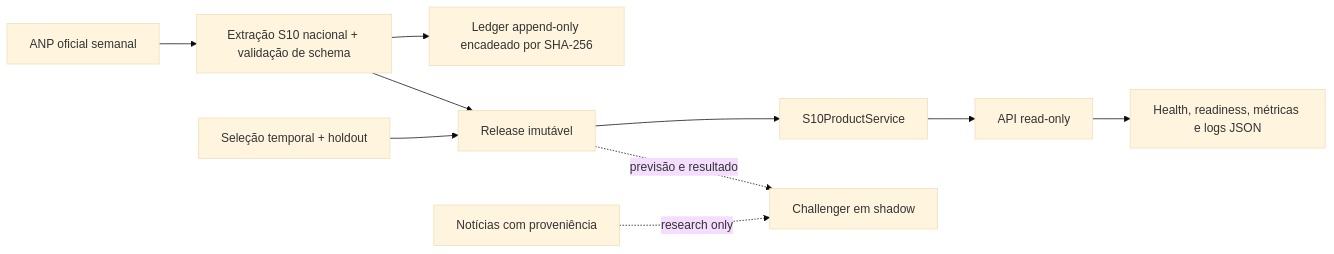
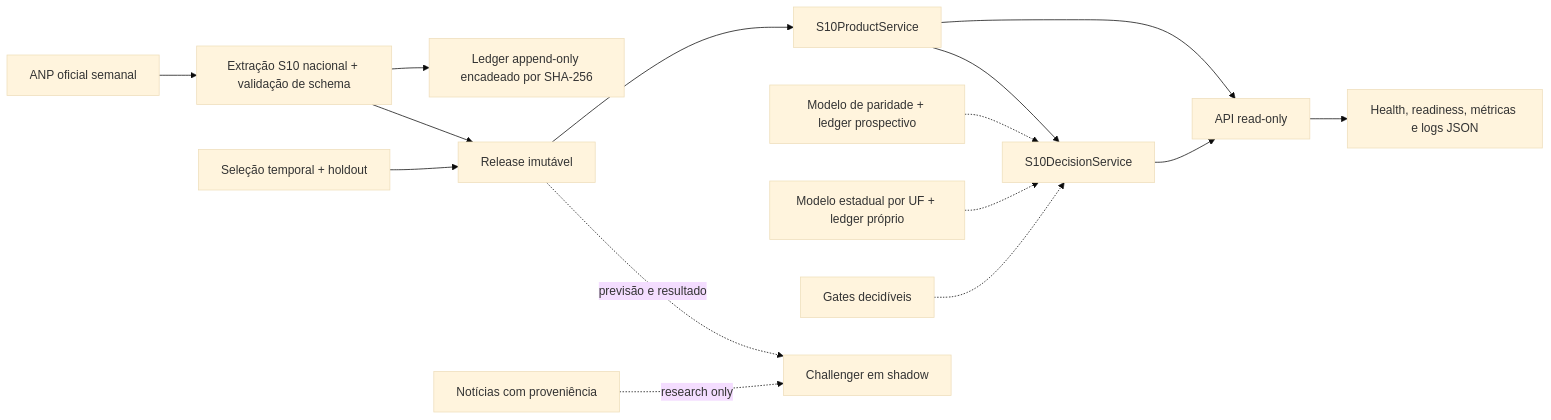
The diagram in docs/architecture.md (joaomasc/tcc-mvp), drawn with Mermaid (base theme) before and after one commit. The commit also changed other lines of this file and 74 other files, not shown here.

````diff
--- a/docs/architecture.md
+++ b/docs/architecture.md
@@ -7,12 +7,17 @@
 ```mermaid
 flowchart LR
     ANP["ANP oficial semanal"] --> EX["Extração S10 nacional + validação de schema"]
     EX --> LED["Ledger append-only encadeado por SHA-256"]
     EX --> REL["Release imutável"]
     SEL["Seleção temporal + holdout"] --> REL
     REL --> SVC["S10ProductService"]
+    SVC --> DEC["S10DecisionService"]
+    PAR["Modelo de paridade + ledger prospectivo"] -.-> DEC
+    EST["Modelo estadual por UF + ledger próprio"] -.-> DEC
+    GAT["Gates decidíveis"] -.-> DEC
     SVC --> API["API read-only"]
+    DEC --> API
     API --> OBS["Health, readiness, métricas e logs JSON"]
     REL -. "previsão e resultado" .-> SH["Challenger em shadow"]
     NEWS["Notícias com proveniência"] -. "research only" .-> SH
 ```
````
